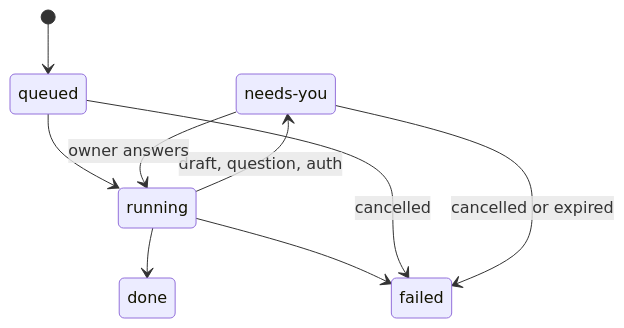
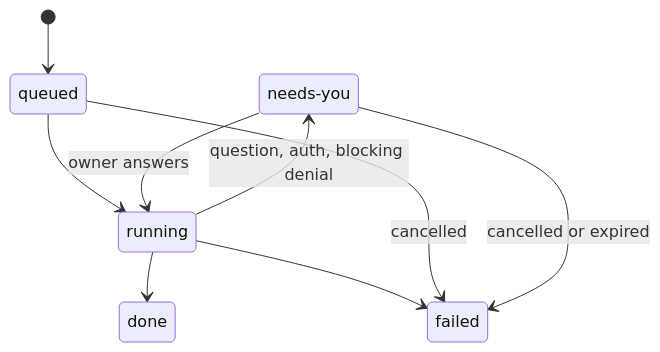
The second of 2 diagrams in docs/architecture.md (AISquare-Studio/rlxapp), drawn with Mermaid before and after one commit. The commit also changed other lines of this file, not shown here.

````diff
--- a/docs/architecture.md
+++ b/docs/architecture.md
@@ -221,12 +274,12 @@
 ```mermaid
 stateDiagram-v2
   state "needs-you" as needs_you
   [*] --> queued
   queued --> running
-  running --> needs_you: draft, question, auth
+  running --> needs_you: question, auth, blocking denial
   needs_you --> running: owner answers
   running --> done
   running --> failed
   queued --> failed: cancelled
   needs_you --> failed: cancelled or expired
 ```
````
